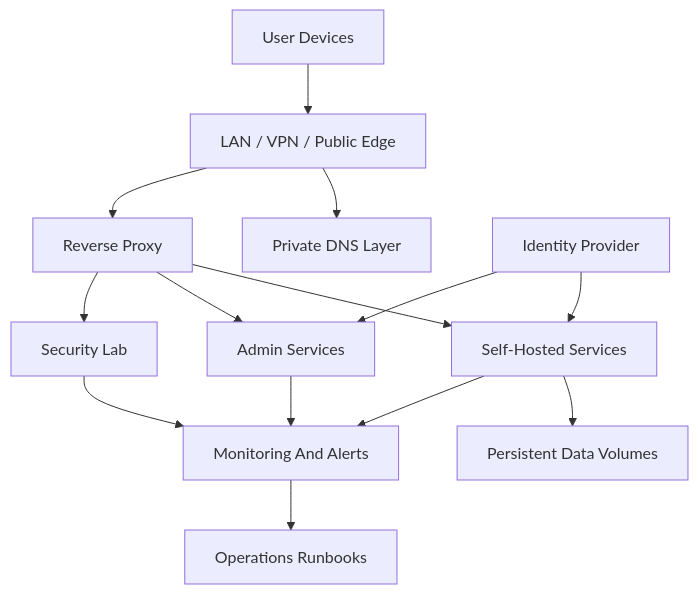
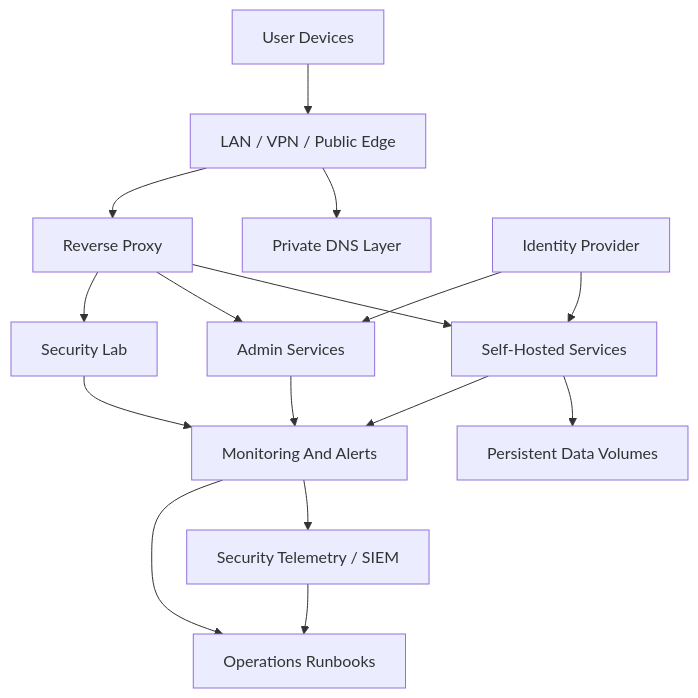
One commit to AngryAtom/tempest-lab-systems changed the diagram in docs/architecture/overview.md. Above: the diagram before and after it, drawn with Mermaid. The commit also changed other lines of this file and 8 other files, not shown here.

Commit message:
Add sanitized SIEM architecture and Bookfolio case study

````diff
--- a/docs/architecture/overview.md
+++ b/docs/architecture/overview.md
@@ -9,16 +9,18 @@
 ```mermaid
 flowchart TB
     devices["User Devices"] --> access["LAN / VPN / Public Edge"]
     access --> dns["Private DNS Layer"]
     access --> proxy["Reverse Proxy"]
     proxy --> services["Self-Hosted Services"]
     proxy --> admin["Admin Services"]
     proxy --> lab["Security Lab"]
     services --> data["Persistent Data Volumes"]
     services --> monitoring["Monitoring And Alerts"]
     admin --> monitoring
     lab --> monitoring
+    monitoring --> siem["Security Telemetry / SIEM"]
     identity["Identity Provider"] --> services
     identity --> admin
     monitoring --> notes["Operations Runbooks"]
+    siem --> notes
 ```
````
